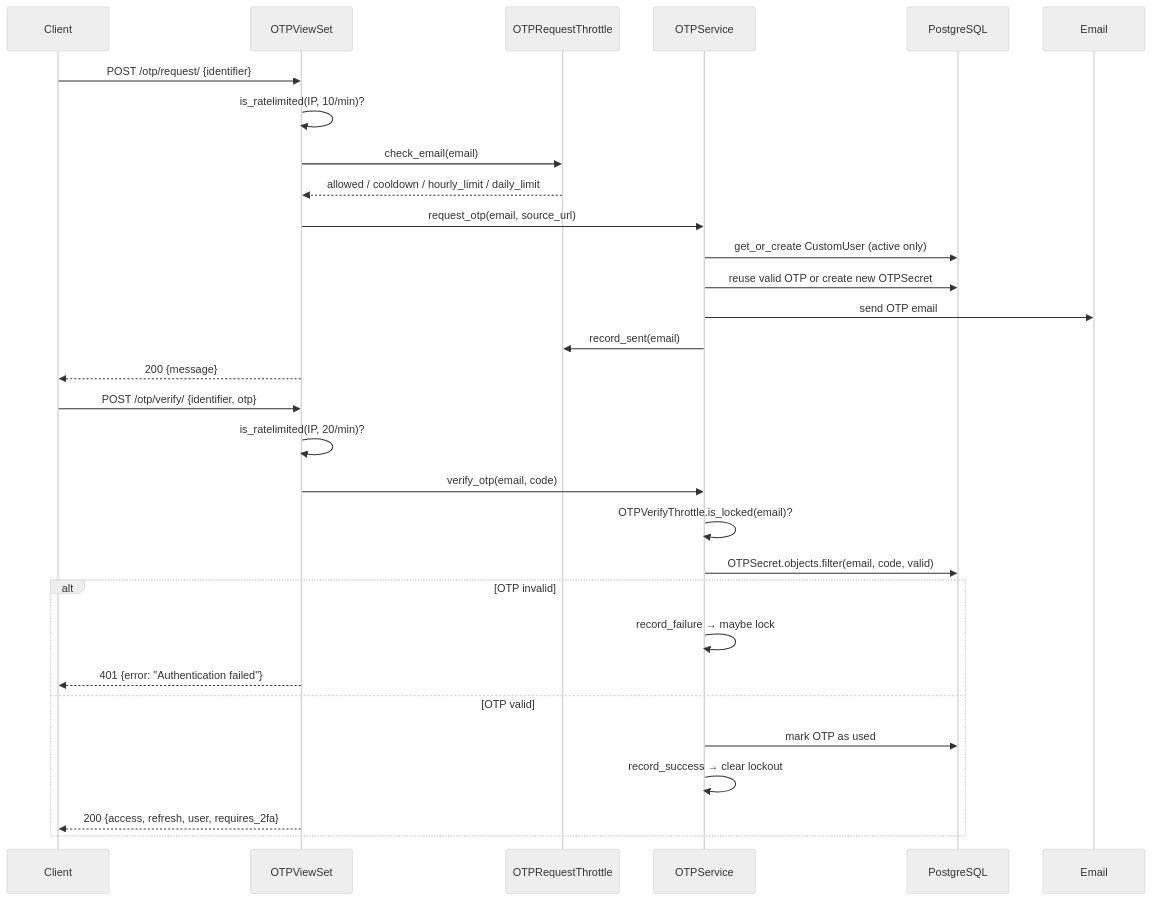
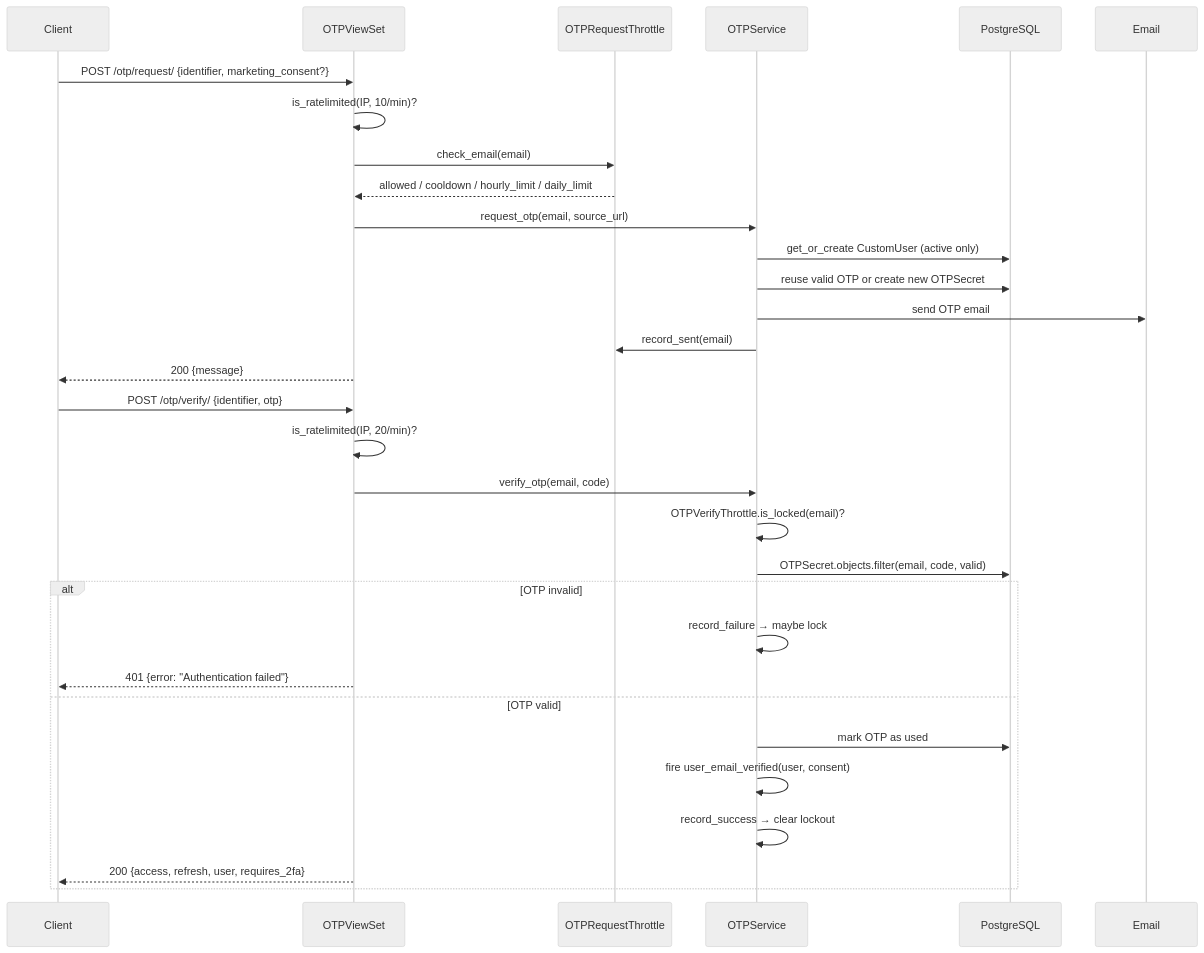
One commit to markolofsen/django-cfg changed the first of 2 diagrams in docs/features/built-in-apps/user-management/accounts/otp.mdx. Above: the diagram before and after it, drawn with Mermaid (neutral theme). The commit also changed other lines of this file and 12 other files, not shown here.

````diff
--- a/docs/features/built-in-apps/user-management/accounts/otp.mdx
+++ b/docs/features/built-in-apps/user-management/accounts/otp.mdx
@@ -14,34 +14,35 @@
 ```mermaid
 sequenceDiagram
     participant C as Client
     participant V as OTPViewSet
     participant T as OTPRequestThrottle
     participant S as OTPService
     participant DB as PostgreSQL
     participant E as Email
 
-    C->>V: POST /otp/request/ {identifier}
+    C->>V: POST /otp/request/ {identifier, marketing_consent?}
     V->>V: is_ratelimited(IP, 10/min)?
     V->>T: check_email(email)
     T-->>V: allowed / cooldown / hourly_limit / daily_limit
     V->>S: request_otp(email, source_url)
     S->>DB: get_or_create CustomUser (active only)
     S->>DB: reuse valid OTP or create new OTPSecret
     S->>E: send OTP email
     S->>T: record_sent(email)
     V-->>C: 200 {message}
 
     C->>V: POST /otp/verify/ {identifier, otp}
     V->>V: is_ratelimited(IP, 20/min)?
     V->>S: verify_otp(email, code)
     S->>S: OTPVerifyThrottle.is_locked(email)?
     S->>DB: OTPSecret.objects.filter(email, code, valid)
     alt OTP invalid
         S->>S: record_failure → maybe lock
         V-->>C: 401 {error: "Authentication failed"}
     else OTP valid
         S->>DB: mark OTP as used
+        S->>S: fire user_email_verified(user, consent)
         S->>S: record_success → clear lockout
         V-->>C: 200 {access, refresh, user, requires_2fa}
     end
 ```
````
